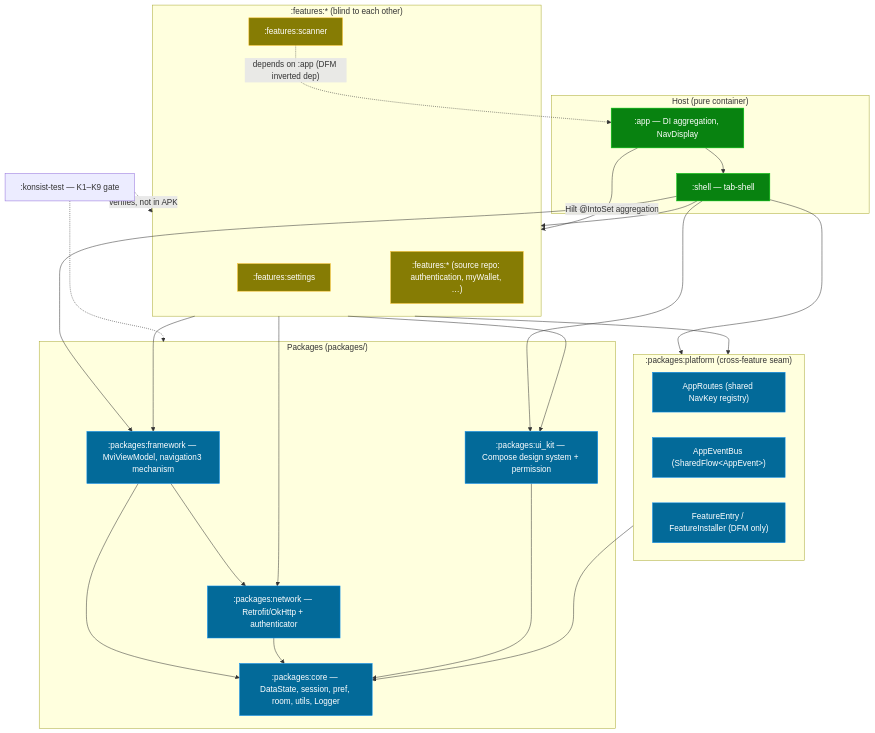
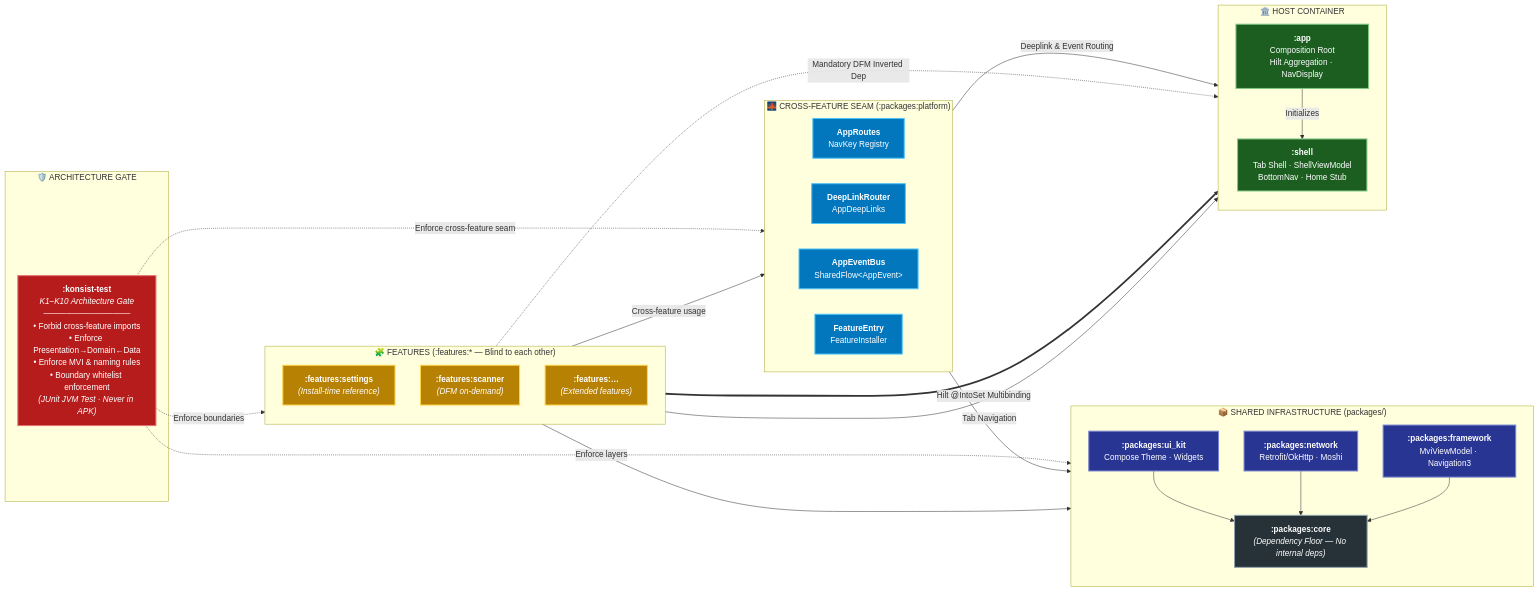
Before and after one commit to DanhDue/android_digital_wallet: the second of 2 diagrams in docs/architecture/ARCHITECTURE.md, drawn with Mermaid. The commit also changed other lines of this file and 26 other files, not shown here.

Commit message:
[DEEPLINK_ROUTER] uppdate documents & clean the tasks.

````diff
--- a/docs/architecture/ARCHITECTURE.md
+++ b/docs/architecture/ARCHITECTURE.md
@@ -282,56 +283,82 @@
 ```mermaid
-graph TD
-    subgraph Host["Host (pure container)"]
-        APP[":app — DI aggregation, NavDisplay"]
-        SHELL[":shell — tab-shell"]
+flowchart LR
+    %% ==========================================
+    %% 1. LEFT: Architecture Gate (Konsist)
+    %% ==========================================
+    subgraph GATE["🛡️ ARCHITECTURE GATE"]
+        KONSIST["<b>:konsist-test</b><br/><i>K1–K10 Architecture Gate</i><br/>───────────────<br/>• Forbid cross-feature imports<br/>• Enforce Presentation→Domain←Data<br/>• Enforce MVI & naming rules<br/>• Boundary whitelist enforcement<br/><i>(JUnit JVM Test · Never in APK)</i>"]
     end
 
-    subgraph Platform[":packages:platform (cross-feature seam)"]
-        ROUTES["AppRoutes (shared NavKey registry)"]
-        BUS["AppEventBus (SharedFlow&lt;AppEvent&gt;)"]
-        FE["FeatureEntry / FeatureInstaller (DFM only)"]
+    %% ==========================================
+    %% 2. MIDDLE: Features & Infrastructure
+    %% ==========================================
+    subgraph Features["🧩 FEATURES (:features:* — Blind to each other)"]
+        direction TB
+        F_SET["<b>:features:settings</b><br/><i>(Install-time reference)</i>"]
+        F_SCAN["<b>:features:scanner</b><br/><i>(DFM on-demand)</i>"]
+        F_BIZ["<b>:features:…</b><br/><i>(Extended features)</i>"]
     end
 
-    subgraph Features[":features:* (blind to each other)"]
-        F_SET[":features:settings"]
-        F_SCAN[":features:scanner"]
-        F_BIZ[":features:* (source repo: authentication, myWallet, …)"]
+    subgraph Seam["🌉 CROSS-FEATURE SEAM (:packages:platform)"]
+        direction LR
+        ROUTES["<b>AppRoutes</b><br/>NavKey Registry"]
+        ROUTER["<b>DeepLinkRouter</b><br/>AppDeepLinks"]
+        BUS["<b>AppEventBus</b><br/>SharedFlow&lt;AppEvent&gt;"]
+        FE["<b>FeatureEntry</b><br/>FeatureInstaller"]
     end
 
-    subgraph Packages["Packages (packages/)"]
-        FRAMEWORK[":packages:framework — MviViewModel, navigation3 mechanism"]
-        NETWORK[":packages:network — Retrofit/OkHttp + authenticator"]
-        UIKIT[":packages:ui_kit — Compose design system + permission"]
-        CORE[":packages:core — DataState, session, pref, room, utils, Logger"]
+    subgraph Packages["📦 SHARED INFRASTRUCTURE (packages/)"]
+        direction TB
+        UIKIT["<b>:packages:ui_kit</b><br/>Compose Theme · Widgets"]
+        NETWORK["<b>:packages:network</b><br/>Retrofit/OkHttp · Moshi"]
+        FRAMEWORK["<b>:packages:framework</b><br/>MviViewModel · Navigation3"]
+        CORE["<b>:packages:core</b><br/><i>(Dependency Floor — No internal deps)</i>"]
+        UIKIT --> CORE
+        NETWORK --> CORE
+        FRAMEWORK --> CORE
     end
 
-    APP --> SHELL
-    APP -->|Hilt @IntoSet aggregation| Features
-    SHELL --> Features
-    SHELL --> Platform
-    SHELL --> FRAMEWORK
-    SHELL --> UIKIT
+    %% ==========================================
+    %% 3. RIGHT: Host Container
+    %% ==========================================
+    subgraph Host["🏛️ HOST CONTAINER"]
+        direction TB
+        APP["<b>:app</b><br/>Composition Root<br/>Hilt Aggregation · NavDisplay"]
+        SHELL["<b>:shell</b><br/>Tab Shell · ShellViewModel<br/>BottomNav · Home Stub"]
+        APP -->|"Initializes"| SHELL
+    end
 
-    Features --> Platform
-    Features --> FRAMEWORK
-    Features --> NETWORK
-    Features --> UIKIT
+    %% Align horizontally: Gate (Left) -> Features (Middle) -> Host (Right)
+    KONSIST ~~~ F_SET ~~~ APP
 
-    F_SCAN -.->|"depends on :app (DFM inverted dep)"| APP
+    %% Gate verifies all layers
+    KONSIST -.->|"Enforce boundaries"| Features
+    KONSIST -.->|"Enforce cross-feature seam"| Seam
+    KONSIST -.->|"Enforce layers"| Packages
 
-    Platform --> CORE
-    FRAMEWORK --> CORE
-    FRAMEWORK --> NETWORK
-    NETWORK --> CORE
-    UIKIT --> CORE
+    %% Features in Middle connect to infrastructure
+    Features -->|"Cross-feature usage"| Seam
+    Features --> Packages
+    Seam --> CORE
 
-    KONSIST[":konsist-test — K1–K9 gate"] -.->|verifies, not in APK| Features
-    KONSIST -.-> Packages
+    %% Features & Seam connect to Host on the Right
+    Features ==>|"Hilt @IntoSet Multibinding"| APP
+    F_SCAN -.->|"Mandatory DFM Inverted Dep"| APP
+    Seam -->|"Deeplink & Event Routing"| SHELL
+    Features -->|"Tab Navigation"| SHELL
 
-    classDef host fill:#088210,stroke:#02CC0C,color:#fff
-    classDef pkg fill:#036A99,stroke:#088DF3,color:#fff
-    classDef feat fill:#867C04,stroke:#fbc02d,color:#fff
+    %% Styling
+    classDef host fill:#1b5e20,stroke:#81c784,stroke-width:2px,color:#ffffff
+    classDef feat fill:#b78103,stroke:#ffd54f,stroke-width:2px,color:#ffffff
+    classDef seam fill:#0277bd,stroke:#4fc3f7,stroke-width:2px,color:#ffffff
+    classDef pkg fill:#283593,stroke:#7986cb,stroke-width:2px,color:#ffffff
+    classDef core fill:#263238,stroke:#90a4ae,stroke-width:2px,color:#ffffff
+    classDef gate fill:#b71c1c,stroke:#e57373,stroke-width:2px,color:#ffffff
+
     class APP,SHELL host
-    class CORE,FRAMEWORK,NETWORK,UIKIT,ROUTES,BUS,FE pkg
     class F_SET,F_SCAN,F_BIZ feat
+    class ROUTES,ROUTER,BUS,FE seam
+    class FRAMEWORK,NETWORK,UIKIT pkg
+    class CORE core
+    class KONSIST gate
 ```
````
